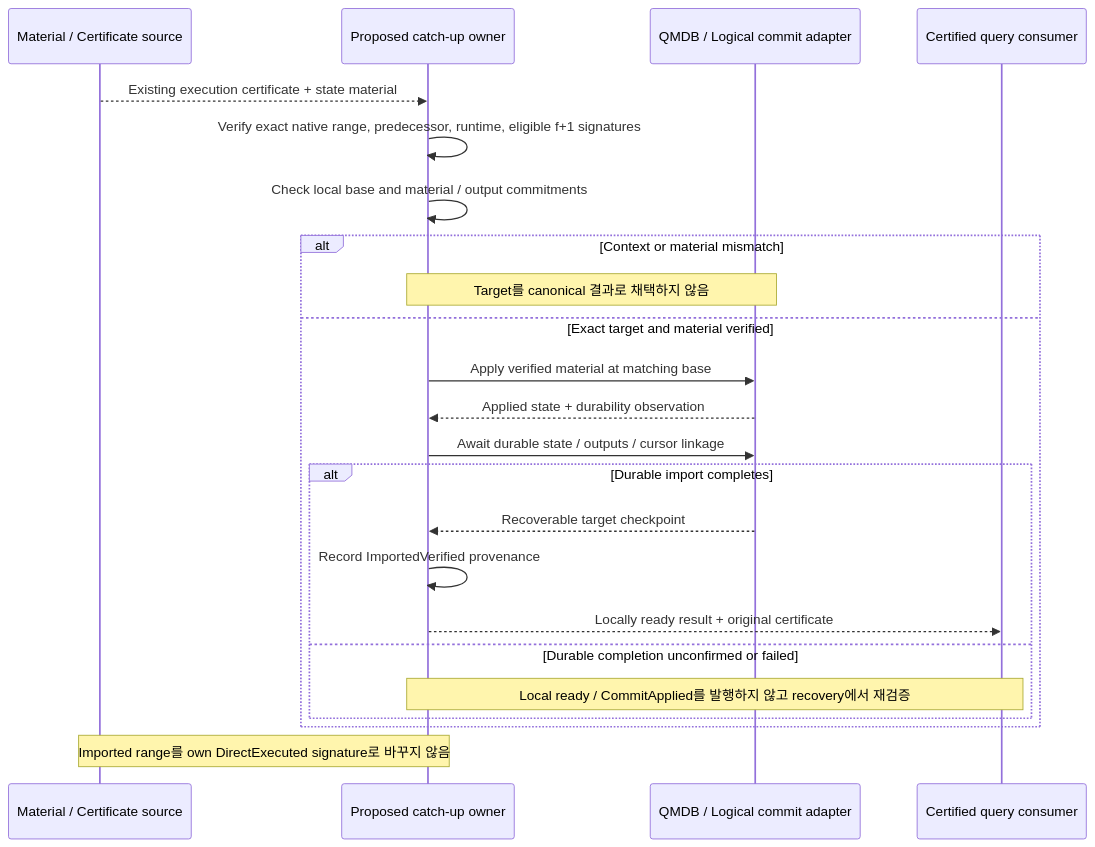
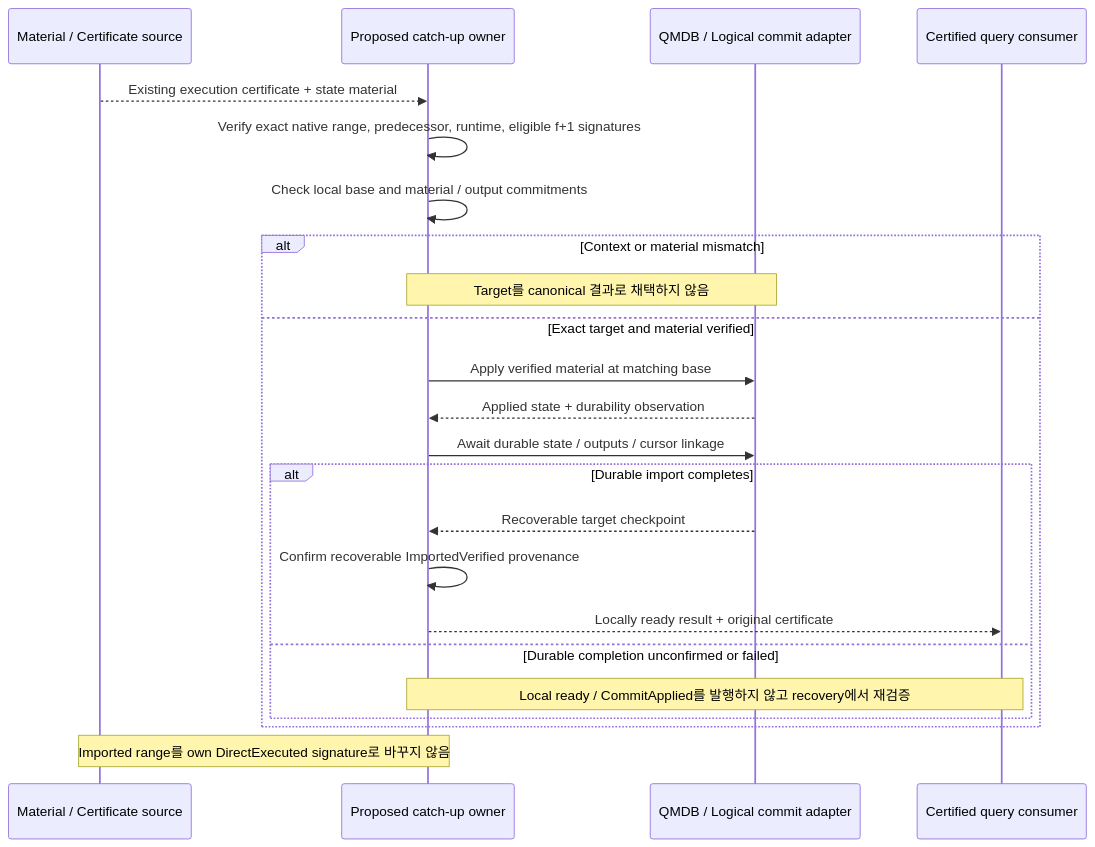
Diagram 14 of 17 in IMPLEMENTATION_SPEC.md (djm07073/baton-research), drawn with Mermaid before and after one commit. The commit also changed other lines of this file and 30 other files, not shown here.

````diff
--- a/IMPLEMENTATION_SPEC.md
+++ b/IMPLEMENTATION_SPEC.md
@@ -604,25 +616,25 @@
 ```mermaid
 sequenceDiagram
     participant P as Material / Certificate source
     participant C as Proposed catch-up owner
     participant Q as QMDB / Logical commit adapter
     participant V as Certified query consumer
     P-->>C: Existing execution certificate + state material
     C->>C: Verify exact native range, predecessor, runtime, eligible f+1 signatures
     C->>C: Check local base and material / output commitments
     alt Context or material mismatch
         Note over C,Q: Target를 canonical 결과로 채택하지 않음
     else Exact target and material verified
         C->>Q: Apply verified material at matching base
         Q-->>C: Applied state + durability observation
         C->>Q: Await durable state / outputs / cursor linkage
         alt Durable import completes
             Q-->>C: Recoverable target checkpoint
-            C->>C: Record ImportedVerified provenance
+            C->>C: Confirm recoverable ImportedVerified provenance
             C-->>V: Locally ready result + original certificate
         else Durable completion unconfirmed or failed
             Note over C,V: Local ready / CommitApplied를 발행하지 않고 recovery에서 재검증
         end
     end
     Note over P,C: Imported range를 own DirectExecuted signature로 바꾸지 않음
 ```
````
